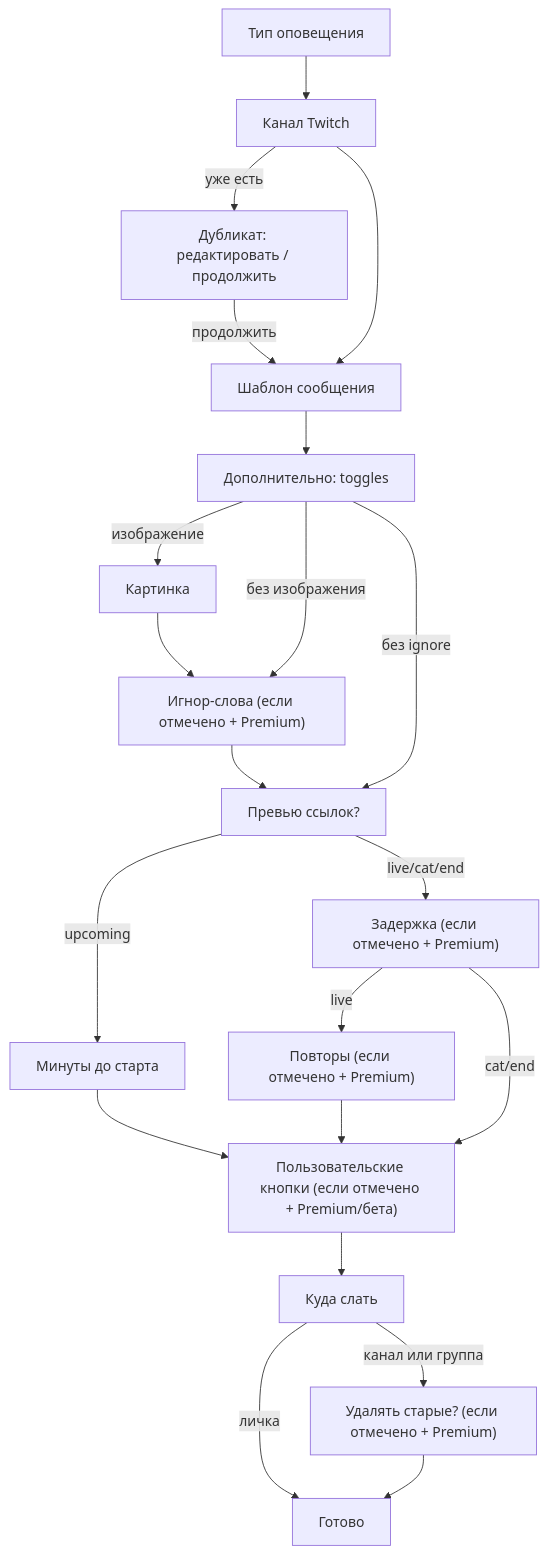
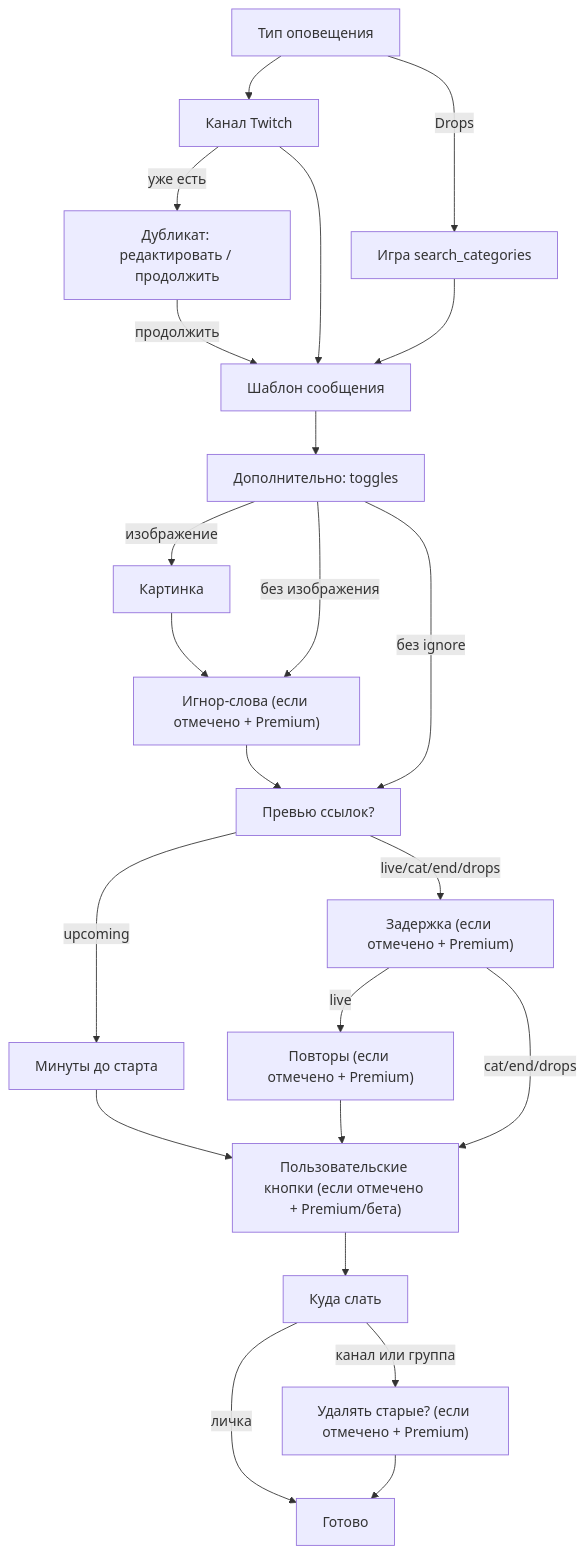
One commit to Marfa/twitch-telegram-bot changed the second of 3 diagrams in docs/user-flow-map.ru.md. Above: the diagram before and after it, drawn with Mermaid. The commit also changed other lines of this file and 25 other files, not shown here.

First line of the commit message:
Add Twitch Drops alerts as beta Premium feature.

````diff
--- a/docs/user-flow-map.ru.md
+++ b/docs/user-flow-map.ru.md
@@ -110,23 +110,25 @@
 ```mermaid
 flowchart TD
   AT["Тип оповещения"] --> CH["Канал Twitch"]
+  AT -->|Drops| GAME["Игра search_categories"]
   CH -->|уже есть| DUP["Дубликат: редактировать / продолжить"]
   CH --> TPL["Шаблон сообщения"]
+  GAME --> TPL
   DUP -->|продолжить| TPL
   TPL --> OPT["Дополнительно: toggles"]
   OPT -->|изображение| IMG["Картинка"]
   OPT -->|без изображения| IGN["Игнор-слова (если отмечено + Premium)"]
   IMG --> IGN
   IGN --> LP["Превью ссылок?"]
   OPT -->|без ignore| LP
   LP -->|upcoming| SRM["Минуты до старта"]
-  LP -->|live/cat/end| DL["Задержка (если отмечено + Premium)"]
+  LP -->|live/cat/end/drops| DL["Задержка (если отмечено + Premium)"]
   DL -->|live| RP["Повторы (если отмечено + Premium)"]
   RP --> BTN["Пользовательские кнопки (если отмечено + Premium/бета)"]
   BTN --> DEST["Куда слать"]
   SRM --> BTN
-  DL -->|cat/end| BTN
+  DL -->|cat/end/drops| BTN
   DEST -->|личка| DONE["Готово"]
   DEST -->|канал или группа| DEL["Удалять старые? (если отмечено + Premium)"]
   DEL --> DONE
 ```
````
